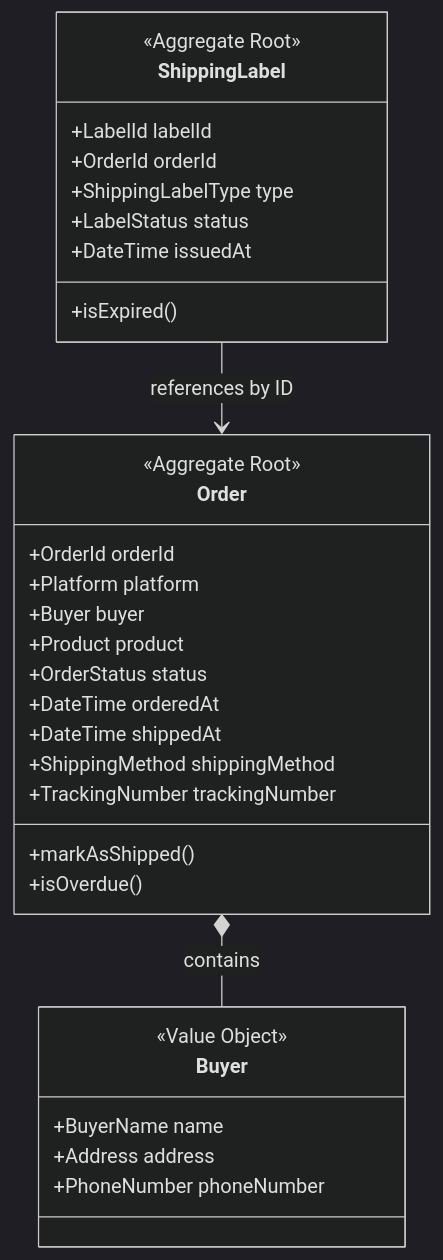
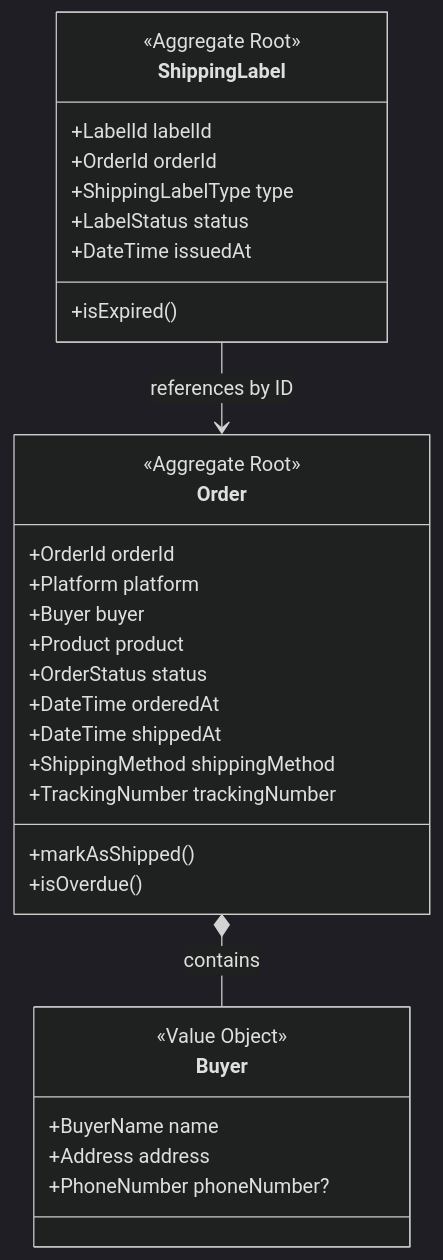
The first of 6 diagrams in docs/domain/aggregate-design.md (toru0514/handmade-shipping-manager), drawn with Mermaid (dark theme) before and after one commit. The commit also changed other lines of this file and 8 other files, not shown here.

````diff
--- a/docs/domain/aggregate-design.md
+++ b/docs/domain/aggregate-design.md
@@ -18,37 +18,37 @@
 ```mermaid
 classDiagram
     class Order {
         <<Aggregate Root>>
         +OrderId orderId
         +Platform platform
         +Buyer buyer
         +Product product
         +OrderStatus status
         +DateTime orderedAt
         +DateTime shippedAt
         +ShippingMethod shippingMethod
         +TrackingNumber trackingNumber
         +markAsShipped()
         +isOverdue()
     }
 
     class Buyer {
         <<Value Object>>
         +BuyerName name
         +Address address
-        +PhoneNumber phoneNumber
+        +PhoneNumber phoneNumber?
     }
 
     class ShippingLabel {
         <<Aggregate Root>>
         +LabelId labelId
         +OrderId orderId
         +ShippingLabelType type
         +LabelStatus status
         +DateTime issuedAt
         +isExpired()
     }
 
     Order *-- Buyer : contains
     ShippingLabel --> Order : references by ID
 ```
````
